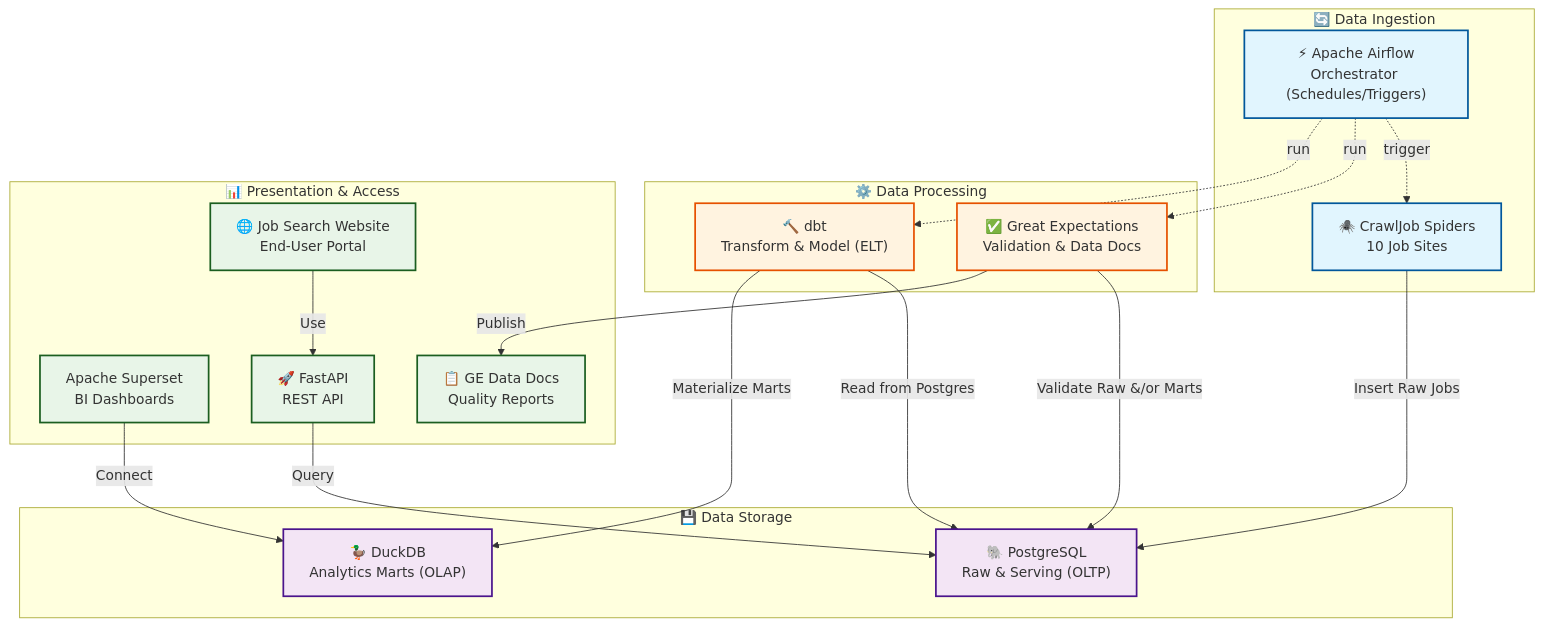
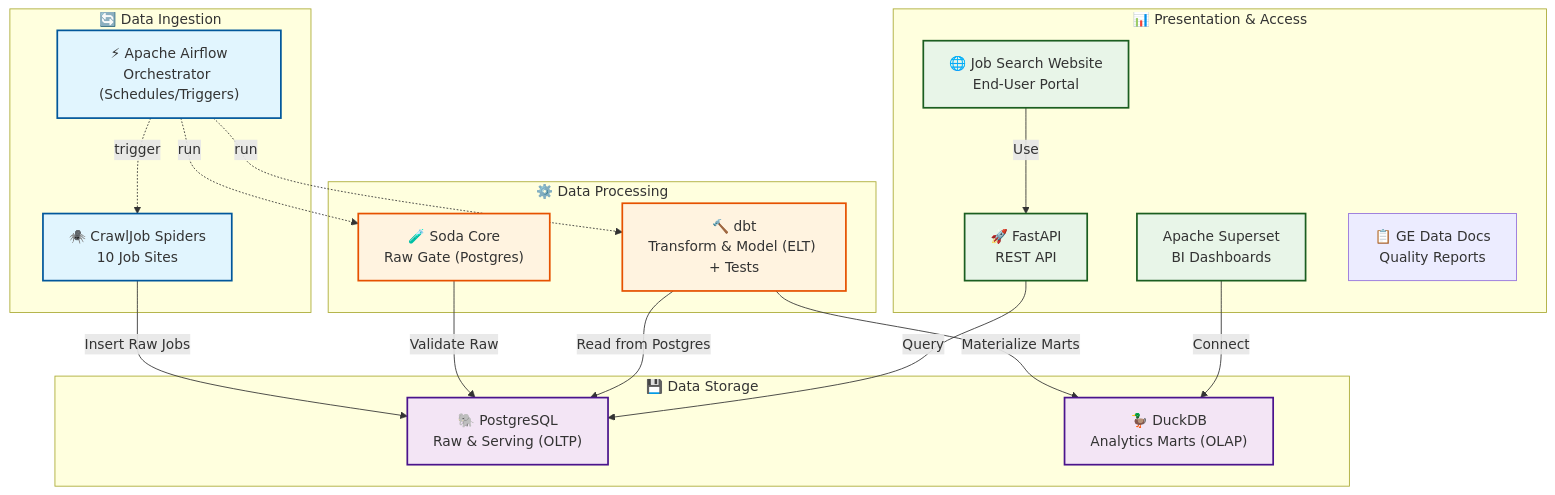
Before and after one commit to thethien8a/Crawl-Jobs: the first of 6 diagrams in plan/DATA_ENGINEERING_STACK_PLAN.md, drawn with Mermaid. The commit also changed other lines of this file, not shown here.

````diff
--- a/plan/DATA_ENGINEERING_STACK_PLAN.md
+++ b/plan/DATA_ENGINEERING_STACK_PLAN.md
@@ -49,53 +49,52 @@
 ```mermaid
 flowchart TD
     %% Layers
     subgraph ingestion["🔄 Data Ingestion"]
         spiders["🕷️ CrawlJob Spiders<br/>10 Job Sites"]
         airflow["⚡ Apache Airflow<br/>Orchestrator (Schedules/Triggers)"]
     end
 
     subgraph storage["💾 Data Storage"]
         postgres["🐘 PostgreSQL<br/>Raw & Serving (OLTP)"]
         duckdb["🦆 DuckDB<br/>Analytics Marts (OLAP)"]
     end
 
     subgraph processing["⚙️ Data Processing"]
-        dbt["🔨 dbt<br/>Transform & Model (ELT)"]
-        ge["✅ Great Expectations<br/>Validation & Data Docs"]
+        soda["🧪 Soda Core<br/>Raw Gate (Postgres)"]
+        dbt["🔨 dbt<br/>Transform & Model (ELT) + Tests"]
     end
 
     subgraph presentation["📊 Presentation & Access"]
     superset["Apache Superset<br/>BI Dashboards"]
         fastapi["🚀 FastAPI<br/>REST API"]
         webapp["🌐 Job Search Website<br/>End-User Portal"]
         ge_docs["📋 GE Data Docs<br/>Quality Reports"]
     end
 
     %% Orchestration (control-plane)
     airflow -. trigger .-> spiders
-    airflow -. run .-> ge
+    airflow -. run .-> soda
     airflow -. run .-> dbt
 
     %% Data plane
     spiders -->|"Insert Raw Jobs"| postgres
-    ge -->|"Validate Raw &/or Marts"| postgres
-    ge -->|"Publish"| ge_docs
+    soda -->|"Validate Raw"| postgres
     dbt -->|"Read from Postgres"| postgres
     dbt -->|"Materialize Marts"| duckdb
 
     %% Serving
     fastapi -->|"Query"| postgres
     webapp -->|"Use"| fastapi
     superset -->|"Connect"| duckdb
 
     %% Styles
     classDef ingestionStyle fill:#e1f5fe,stroke:#01579b,stroke-width:2px
     classDef storageStyle fill:#f3e5f5,stroke:#4a148c,stroke-width:2px
     classDef processStyle fill:#fff3e0,stroke:#e65100,stroke-width:2px
     classDef presentStyle fill:#e8f5e8,stroke:#1b5e20,stroke-width:2px
 
     class spiders,airflow ingestionStyle
     class postgres,duckdb storageStyle
-    class dbt,ge processStyle
-    class superset,fastapi,webapp,ge_docs presentStyle
+    class dbt,soda processStyle
+    class superset,fastapi,webapp presentStyle
 ```
````
